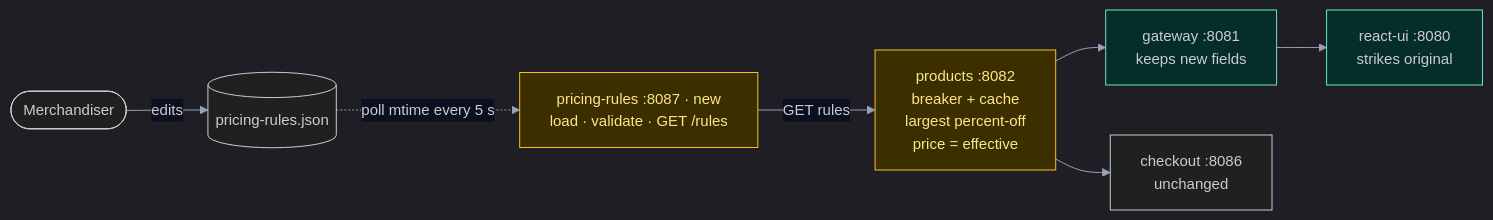
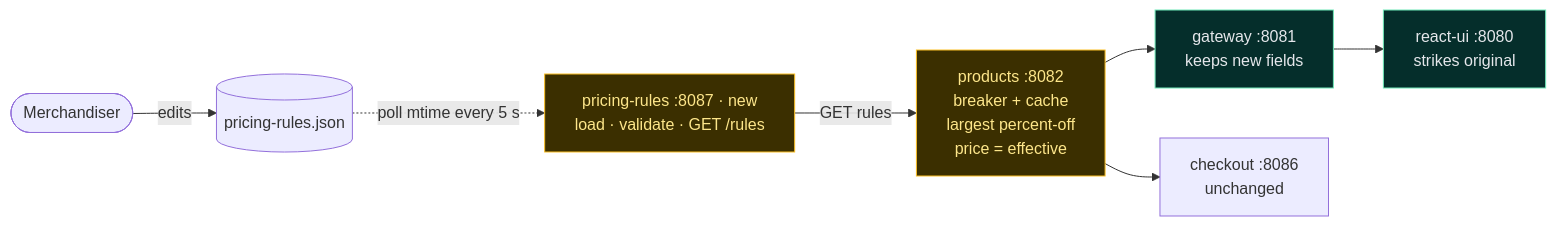
The second of 4 diagrams in docs/sessions/2026-09-16-pricing-rules-design/deck/slides.md (oztuck/yugastore-java), drawn with Mermaid before and after one commit. The commit also changed other lines of this file and 6 other files, not shown here.

````diff
--- a/docs/sessions/2026-09-16-pricing-rules-design/deck/slides.md
+++ b/docs/sessions/2026-09-16-pricing-rules-design/deck/slides.md
@@ -157,18 +159,19 @@
 ```mermaid {scale: 0.55}
-%%{init: {'theme':'dark','themeVariables':{'primaryColor':'#1e293b','primaryBorderColor':'#7dd3fc','primaryTextColor':'#e5e7eb','lineColor':'#94a3b8','edgeLabelBackground':'#0b1020','fontSize':'15px'}}}%%
 flowchart LR
     M([Merchandiser]) -->|edits| F[(pricing-rules.json)]
     F -.->|poll mtime every 5 s| PR
     PR["pricing-rules :8087 · new<br/>load · validate · GET /rules"]
     P["products :8082<br/>breaker + cache<br/>largest percent-off<br/>price = effective"]
     GW["gateway :8081<br/>keeps new fields"]
     UI["react-ui :8080<br/>strikes original"]
     CK["checkout :8086<br/>unchanged"]
     PR -->|GET rules| P
     P --> GW --> UI
     P --> CK
-    style PR fill:#3b2f00,stroke:#fbbf24,color:#fde68a
-    style P fill:#3b2f00,stroke:#fbbf24,color:#fde68a
-    style GW fill:#052e2b,stroke:#6ee7b7
-    style UI fill:#052e2b,stroke:#6ee7b7
+    %% highlight classes (hex on purpose: Mermaid renders in a shadow DOM and cannot see tokens.css)
+    classDef gold fill:#3b2f00,stroke:#fbbf24,color:#fde68a
+    classDef mint fill:#052e2b,stroke:#6ee7b7,color:#e5e7eb
+    classDef violet fill:#2a2450,stroke:#c4b5fd,color:#e5e7eb
+    class PR,P gold
+    class GW,UI mint
 ```
````
